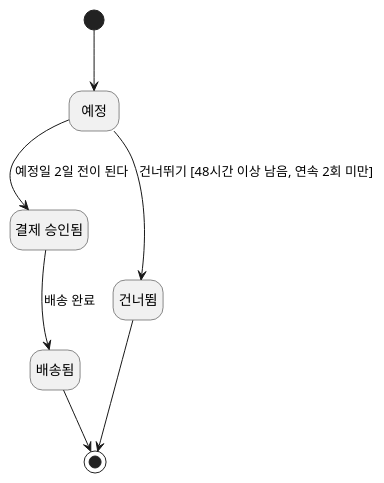
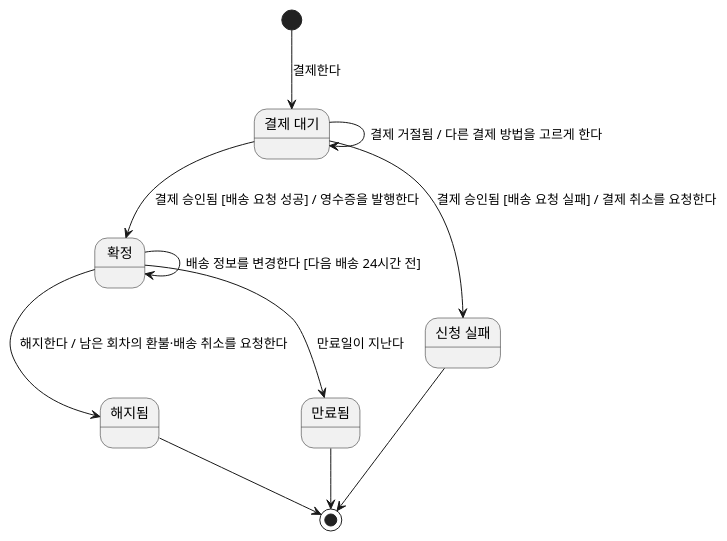
Before and after one commit to YoungSan77/TrainingMaterials: diagram 20 of 20 in courses/ooad/sessions/s04.md, drawn with PlantUML. The commit also changed other lines of this file and 39 other files, not shown here.

````diff
--- a/courses/ooad/sessions/s04.md
+++ b/courses/ooad/sessions/s04.md
@@ -1736,15 +1788,19 @@
 ```plantuml:state
 @startuml
-hide empty description
-state "예정" as P
-state "결제 승인됨" as A
-state "건너뜀" as K
-state "배송됨" as D
-[*] --> P
-P --> A : 예정일 2일 전이 된다
-P --> K : 건너뛰기 [48시간 이상 남음, 연속 2회 미만]
-A --> D : 배송 완료
-K --> [*]
-D --> [*]
+state "결제 대기" as Wait
+state "확정" as On
+state "신청 실패" as Fail
+state "해지됨" as End
+state "만료됨" as Exp
+[*] --> Wait : 결제한다
+Wait --> Wait : 결제 거절됨 / 다른 결제 방법을 고르게 한다
+Wait --> On : 결제 승인됨 [배송 요청 성공] / 영수증을 발행한다
+Wait --> Fail : 결제 승인됨 [배송 요청 실패] / 결제 취소를 요청한다
+On --> On : 배송 정보를 변경한다 [다음 배송 24시간 전]
+On --> End : 해지한다 / 남은 회차의 환불·배송 취소를 요청한다
+On --> Exp : 만료일이 지난다
+Fail --> [*]
+End --> [*]
+Exp --> [*]
 @enduml
 ```
````
